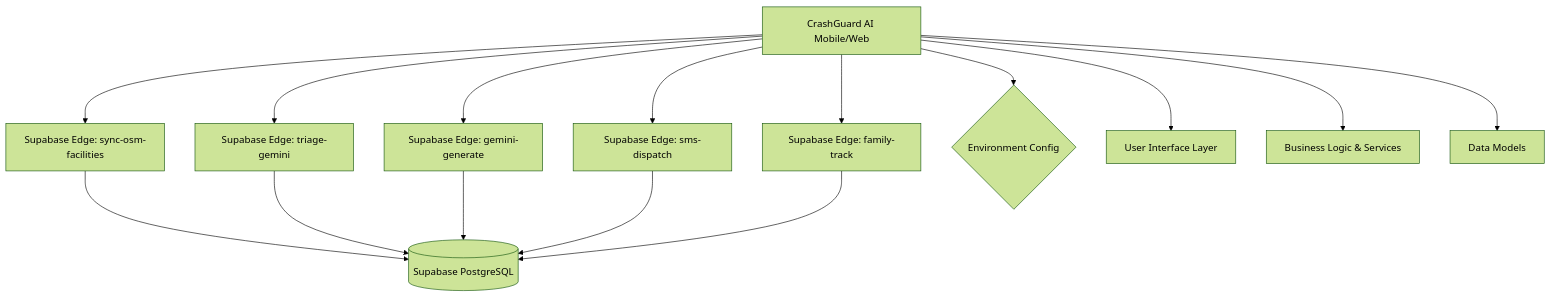
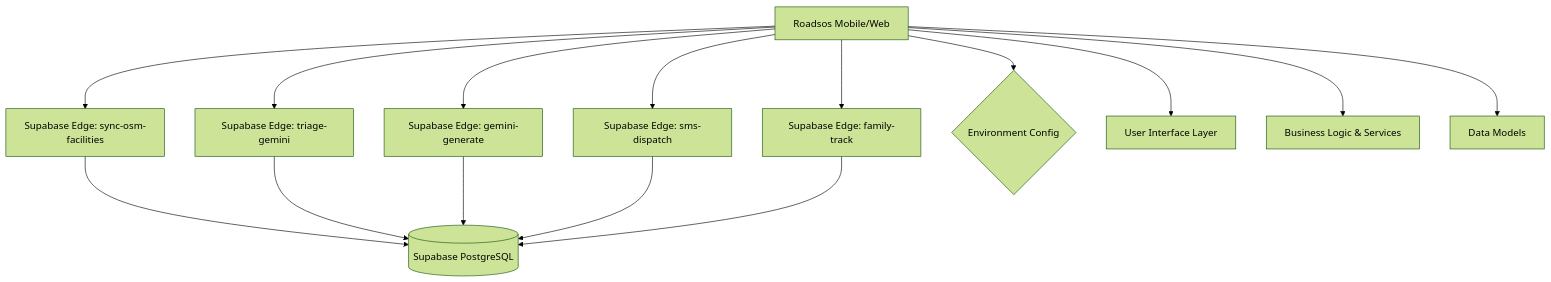
The first of 2 diagrams in docs/architecture/architecture.md (pratham-shah-17/CrashGuard-AI), drawn with Mermaid (forest theme) before and after one commit. The commit also changed 3 other files, not shown here.

Commit message:
docs: auto-update architecture, diagrams, and README

````diff
--- a/docs/architecture/architecture.md
+++ b/docs/architecture/architecture.md
@@ -5,18 +5,18 @@
 ```mermaid
 graph TD
-    Client[CrashGuard AI Mobile/Web] 
+    Client[Roadsos Mobile/Web] 
     Client --> Function_sync_osm_facilities[Supabase Edge: sync-osm-facilities]
     Function_sync_osm_facilities --> SupabaseDB[(Supabase PostgreSQL)]
     Client --> Function_triage_gemini[Supabase Edge: triage-gemini]
     Function_triage_gemini --> SupabaseDB[(Supabase PostgreSQL)]
     Client --> Function_gemini_generate[Supabase Edge: gemini-generate]
     Function_gemini_generate --> SupabaseDB[(Supabase PostgreSQL)]
     Client --> Function_sms_dispatch[Supabase Edge: sms-dispatch]
     Function_sms_dispatch --> SupabaseDB[(Supabase PostgreSQL)]
     Client --> Function_family_track[Supabase Edge: family-track]
     Function_family_track --> SupabaseDB[(Supabase PostgreSQL)]
     Client --> EnvVars{Environment Config}
     Client --> UI[User Interface Layer]
     Client --> Services[Business Logic & Services]
     Client --> Models[Data Models]
 ```
````
